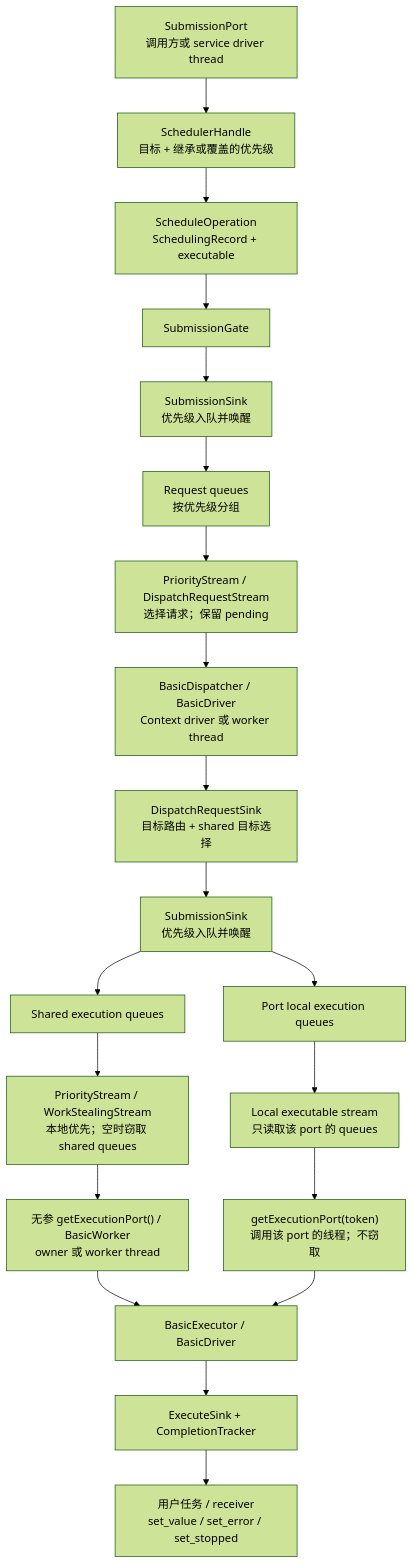
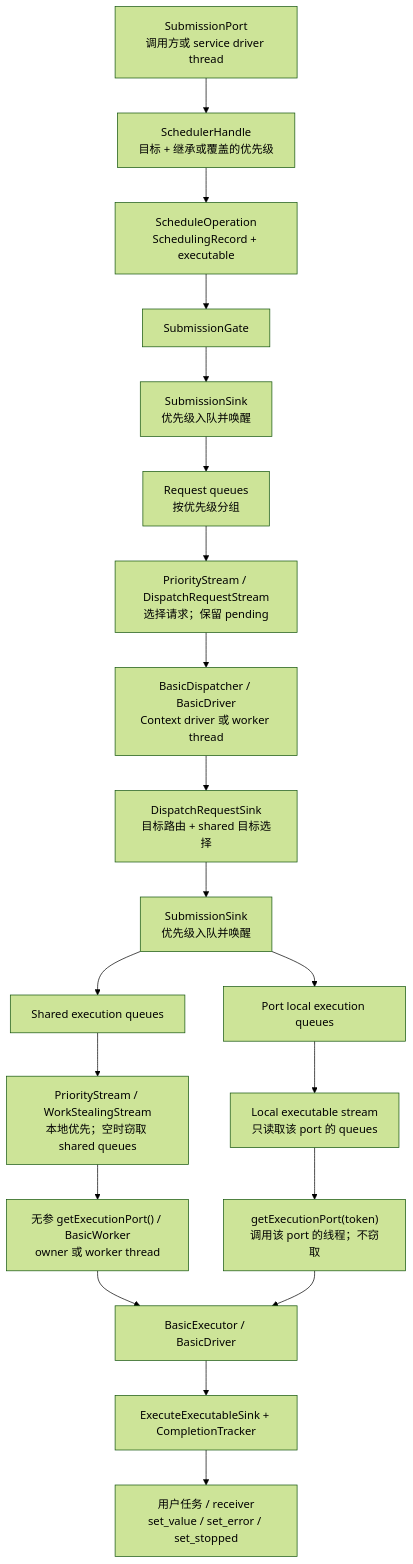
One commit to mmmmmcree/async changed the fifth of 7 diagrams in CORE_ARCHITECTURE.md. Above: the diagram before and after it, drawn with Mermaid (forest theme). The commit also changed other lines of this file and 20 other files, not shown here.

````diff
--- a/CORE_ARCHITECTURE.md
+++ b/CORE_ARCHITECTURE.md
@@ -80,23 +86,23 @@
 ```mermaid
 flowchart TB
     port["SubmissionPort<br/>调用方或 service driver thread"]
     port --> scheduler["SchedulerHandle<br/>目标 + 继承或覆盖的优先级"]
     scheduler --> operation["ScheduleOperation<br/>SchedulingRecord + executable"]
     operation --> gate["SubmissionGate"]
     gate --> submission["SubmissionSink<br/>优先级入队并唤醒"]
     submission --> request_queues["Request queues<br/>按优先级分组"]
     request_queues --> requests["PriorityStream / DispatchRequestStream<br/>选择请求；保留 pending"]
     requests --> dispatcher["BasicDispatcher / BasicDriver<br/>Context driver 或 worker thread"]
     dispatcher --> route["DispatchRequestSink<br/>目标路由 + shared 目标选择"]
     route --> execution_submission["SubmissionSink<br/>优先级入队并唤醒"]
     execution_submission --> shared["Shared execution queues"]
     execution_submission --> local["Port local execution queues"]
     shared --> shared_stream["PriorityStream / WorkStealingStream<br/>本地优先；空时窃取 shared queues"]
     local --> local_stream["Local executable stream<br/>只读取该 port 的 queues"]
     shared_stream --> shared_drive["无参 getExecutionPort() / BasicWorker<br/>owner 或 worker thread"]
     local_stream --> local_drive["getExecutionPort(token)<br/>调用该 port 的线程；不窃取"]
     shared_drive --> executor["BasicExecutor / BasicDriver"]
     local_drive --> executor
-    executor --> sink["ExecuteSink + CompletionTracker"]
+    executor --> sink["ExecuteExecutableSink + CompletionTracker"]
     sink --> completion["用户任务 / receiver<br/>set_value / set_error / set_stopped"]
 ```
````
